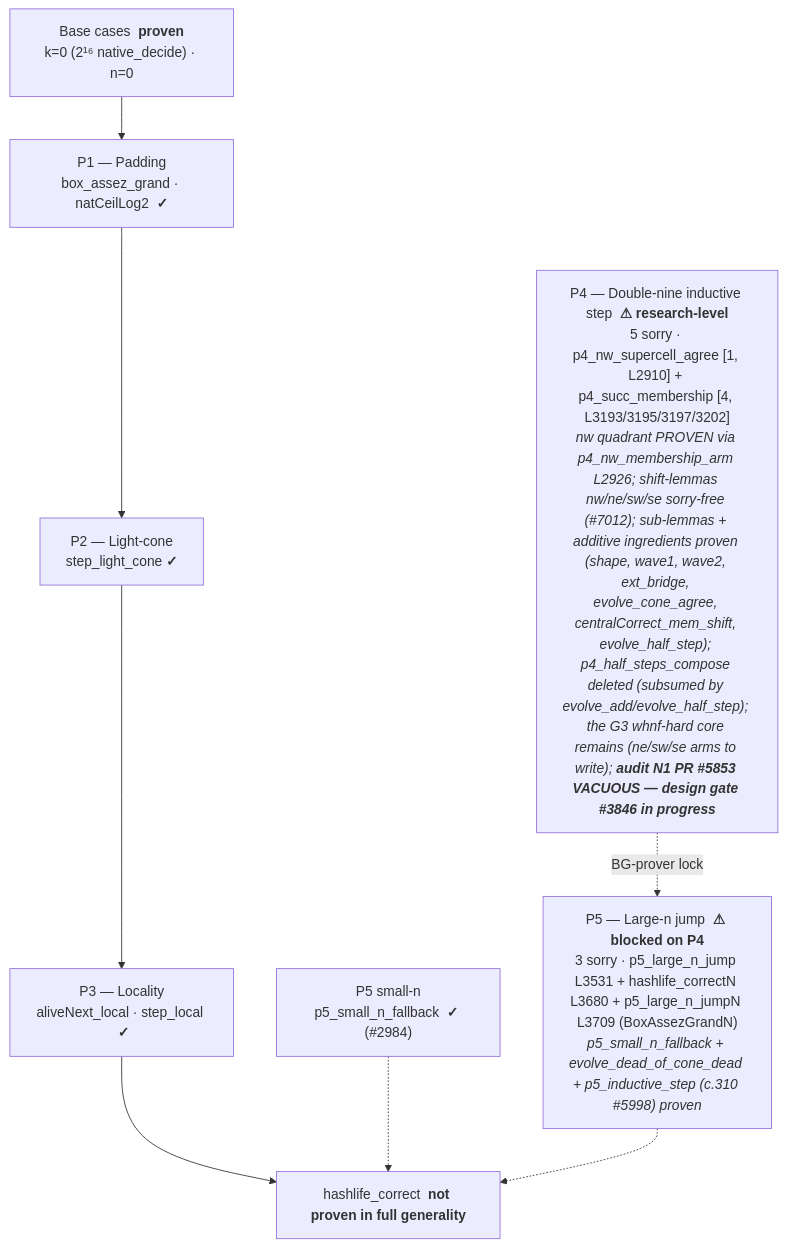
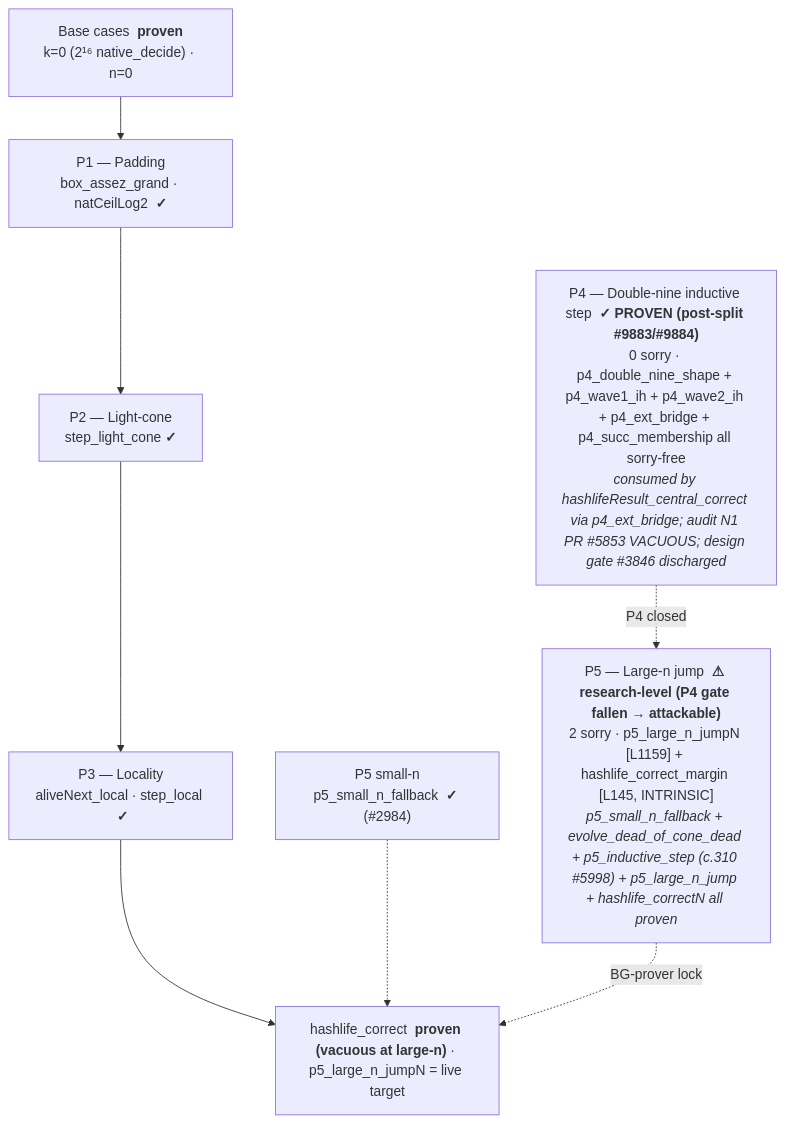
Before and after one commit to jsboige/CoursIA: the diagram in MyIA.AI.Notebooks/SymbolicAI/Lean/conway_lean/README.en.md, drawn with Mermaid. The commit also changed other lines of this file and 1 other file, not shown here.

````diff
--- a/MyIA.AI.Notebooks/SymbolicAI/Lean/conway_lean/README.en.md
+++ b/MyIA.AI.Notebooks/SymbolicAI/Lean/conway_lean/README.en.md
@@ -132,15 +132,15 @@
 ```mermaid
 flowchart TD
     BASE["Base cases  <b>proven</b><br/>k=0 (2¹⁶ native_decide) · n=0"]
     P1["P1 — Padding<br/>box_assez_grand · natCeilLog2  <b>✓</b>"]
     P2["P2 — Light-cone<br/>step_light_cone  <b>✓</b>"]
     P3["P3 — Locality<br/>aliveNext_local · step_local  <b>✓</b>"]
     P5S["P5 small-n<br/>p5_small_n_fallback  <b>✓</b> (#2984)"]
-    P4["P4 — Double-nine inductive step  <b>⚠ research-level</b><br/>5 sorry · p4_nw_supercell_agree [1, L2910] + p4_succ_membership [4, L3193/3195/3197/3202]<br/><i>nw quadrant PROVEN via p4_nw_membership_arm L2926; shift-lemmas nw/ne/sw/se sorry-free (#7012); sub-lemmas + additive ingredients proven (shape, wave1, wave2, ext_bridge, evolve_cone_agree, centralCorrect_mem_shift, evolve_half_step); p4_half_steps_compose deleted (subsumed by evolve_add/evolve_half_step); the G3 whnf-hard core remains (ne/sw/se arms to write); <b>audit N1 PR #5853 VACUOUS — design gate #3846 in progress</b></i>"]
-    P5["P5 — Large-n jump  <b>⚠ blocked on P4</b><br/>3 sorry · p5_large_n_jump L3531 + hashlife_correctN L3680 + p5_large_n_jumpN L3709 (BoxAssezGrandN)<br/><i>p5_small_n_fallback + evolve_dead_of_cone_dead + p5_inductive_step (c.310 #5998) proven</i>"]
-    GOAL["hashlife_correct  <b>not proven in full generality</b>"]
+    P4["P4 — Double-nine inductive step  <b>✓ PROVEN (post-split #9883/#9884)</b><br/>0 sorry · p4_double_nine_shape + p4_wave1_ih + p4_wave2_ih + p4_ext_bridge + p4_succ_membership all sorry-free<br/><i>consumed by hashlifeResult_central_correct via p4_ext_bridge; audit N1 PR #5853 VACUOUS; design gate #3846 discharged</i>"]
+    P5["P5 — Large-n jump  <b>⚠ research-level (P4 gate fallen → attackable)</b><br/>2 sorry · p5_large_n_jumpN [L1159] + hashlife_correct_margin [L145, INTRINSIC]<br/><i>p5_small_n_fallback + evolve_dead_of_cone_dead + p5_inductive_step (c.310 #5998) + p5_large_n_jump + hashlife_correctN all proven</i>"]
+    GOAL["hashlife_correct  <b>proven (vacuous at large-n)</b> · p5_large_n_jumpN = live target"]
 
     BASE --> P1 --> P2 --> P3 --> GOAL
     P5S -.-> GOAL
-    P4 -.->|"BG-prover lock"| P5 -.-> GOAL
+    P4 -.->|"P4 closed"| P5 -.->|"BG-prover lock"| GOAL
 ```
````
